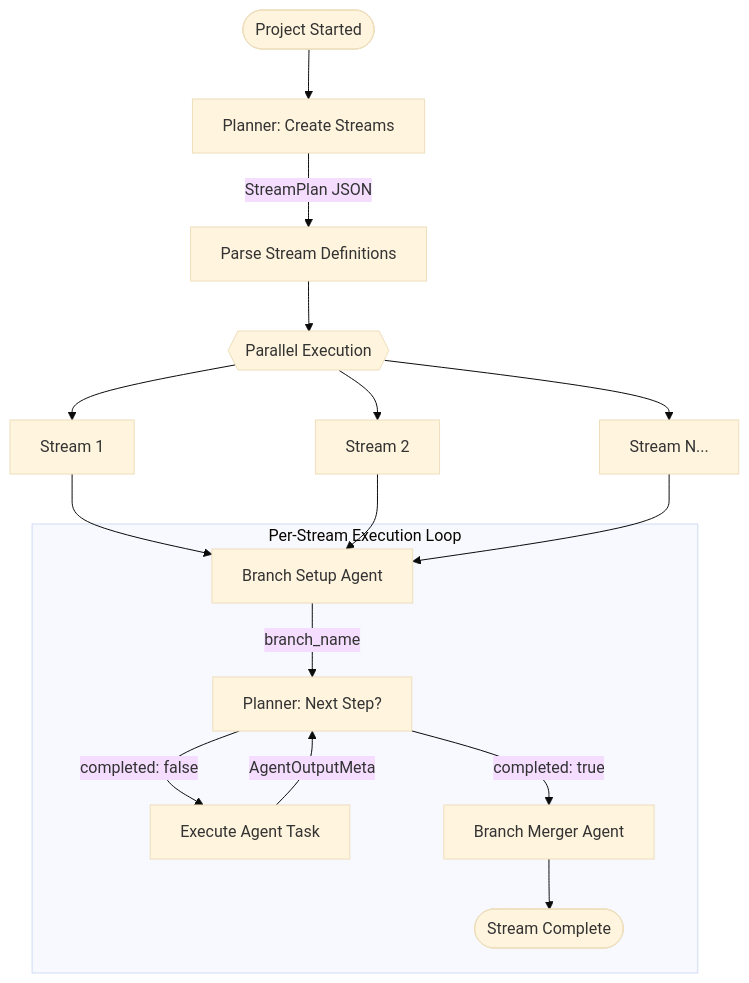
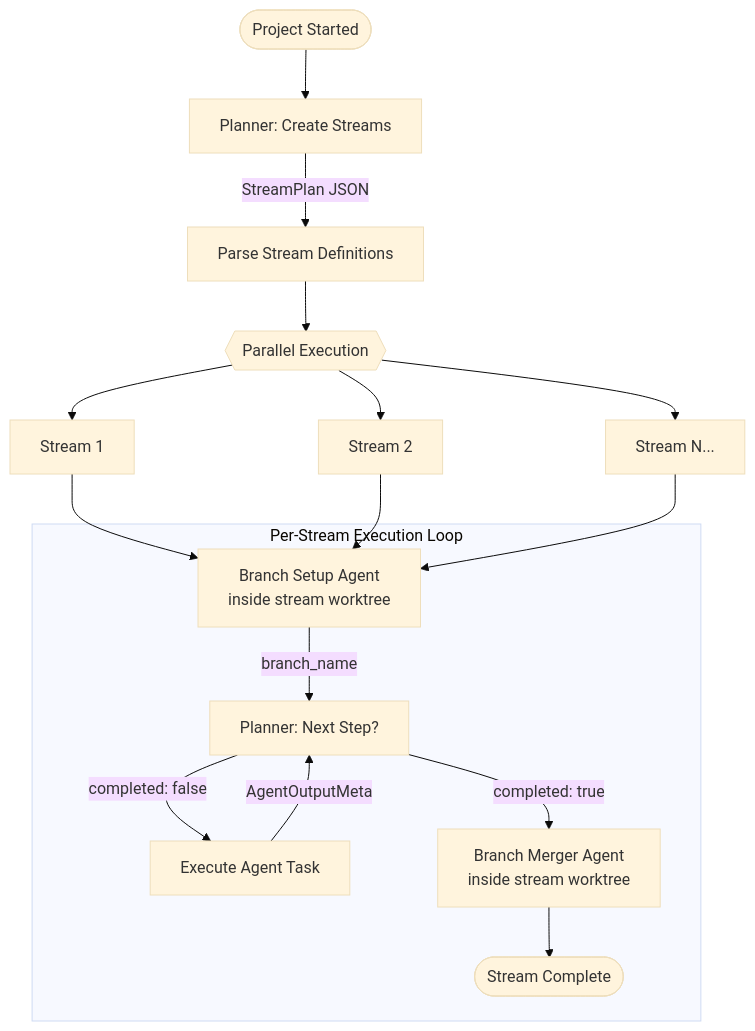
The first of 7 diagrams in README.md (MattiasHognas/Kennel), drawn with Mermaid (base theme) before and after one commit. The commit also changed other lines of this file and 5 other files, not shown here.

First line of the commit message:
Add per-stream git worktree isolation

````diff
--- a/README.md
+++ b/README.md
@@ -33,22 +33,22 @@
 ```mermaid
 flowchart TD
     Start([Project Started]) --> InitPlanner[Planner: Create Streams]
     InitPlanner --> |"StreamPlan JSON"| ParseStreams[Parse Stream Definitions]
     ParseStreams --> Parallel{{"Parallel Execution"}}
     
     Parallel --> Stream1[Stream 1]
     Parallel --> Stream2[Stream 2]
     Parallel --> StreamN[Stream N...]
     
     subgraph StreamExecution["Per-Stream Execution Loop"]
-        BranchSetup[Branch Setup Agent] --> |"branch_name"| PlannerDecision[Planner: Next Step?]
+        BranchSetup[Branch Setup Agent<br/>inside stream worktree] --> |"branch_name"| PlannerDecision[Planner: Next Step?]
         PlannerDecision --> |"completed: false"| ExecuteTask[Execute Agent Task]
         ExecuteTask --> |"AgentOutputMeta"| PlannerDecision
-        PlannerDecision --> |"completed: true"| BranchMerger[Branch Merger Agent]
+        PlannerDecision --> |"completed: true"| BranchMerger[Branch Merger Agent<br/>inside stream worktree]
         BranchMerger --> StreamDone([Stream Complete])
     end
     
     Stream1 --> BranchSetup
     Stream2 --> BranchSetup
     StreamN --> BranchSetup
 ```
````
